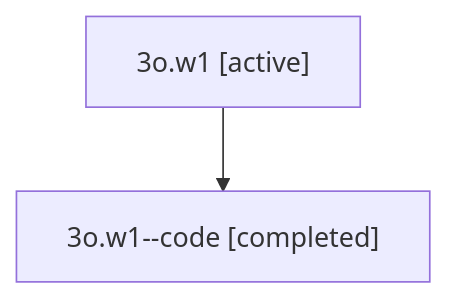
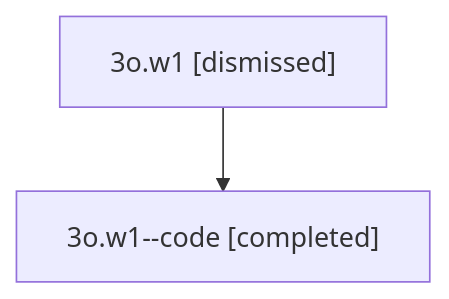
Before and after one commit to sase-org/sase--agents: the diagram in sessions/bbugyi200.athena.3o.w1.md, drawn with Mermaid. The commit also changed other lines of this file and 32 other files, not shown here.

````diff
--- a/sessions/bbugyi200.athena.3o.w1.md
+++ b/sessions/bbugyi200.athena.3o.w1.md
@@ -9,6 +9,6 @@
 ```mermaid
 flowchart TD
-  n0["3o.w1 [active]"]
+  n0["3o.w1 [dismissed]"]
   n1["3o.w1--code [completed]"]
   n0 --> n1
 ```
````
